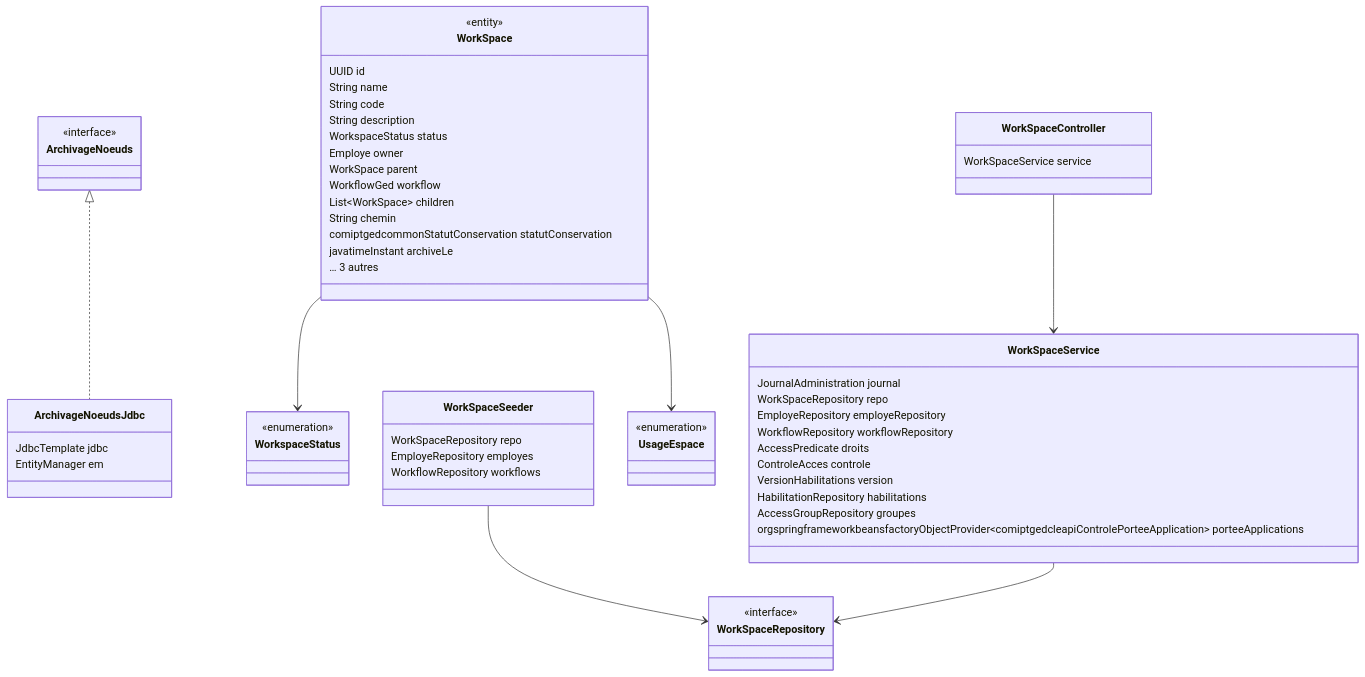
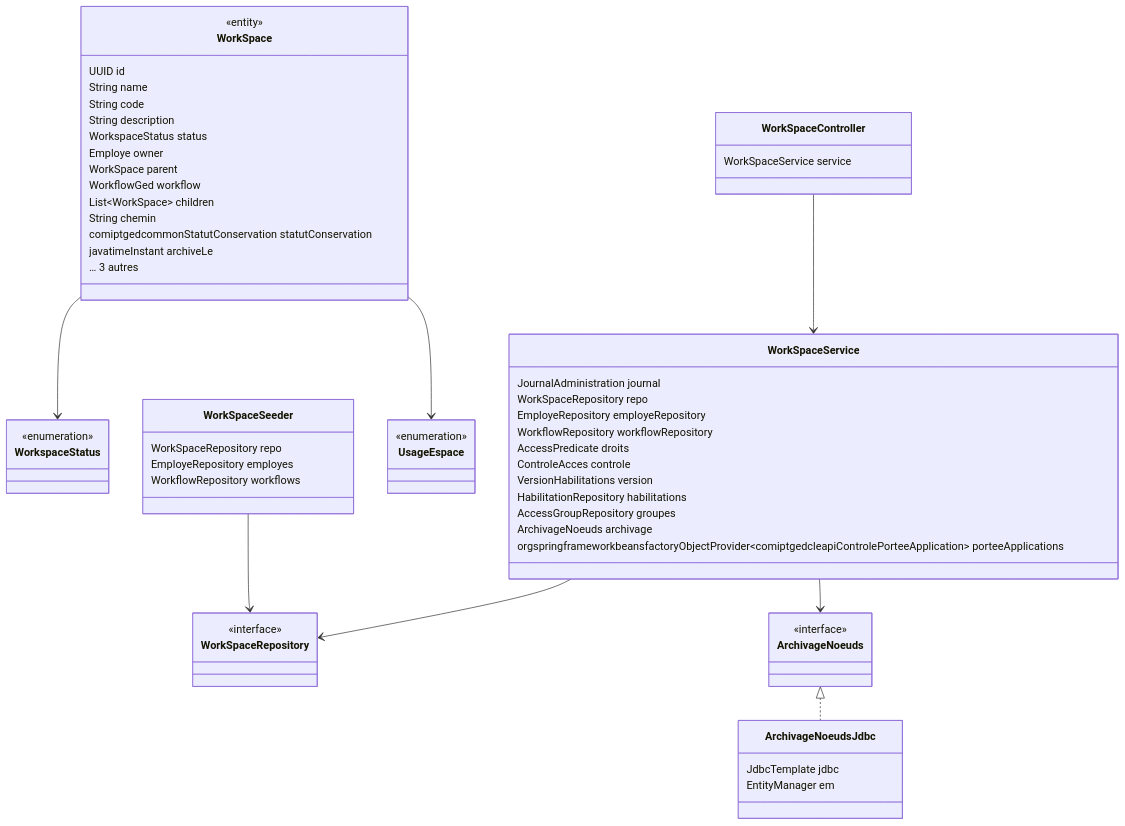
Before and after one commit to abddou2000/GED: the fifth of 23 diagrams in docs/modelisation/CLASSES.md, drawn with Mermaid. The commit also changed other lines of this file and 13 other files, not shown here.

````diff
--- a/docs/modelisation/CLASSES.md
+++ b/docs/modelisation/CLASSES.md
@@ -544,61 +564,63 @@
 ```mermaid
 classDiagram
   class ArchivageNoeuds {
     <<interface>>
   }
   class ArchivageNoeudsJdbc {
     JdbcTemplate jdbc
     EntityManager em
   }
   class UsageEspace {
     <<enumeration>>
   }
   class WorkSpace {
     <<entity>>
     UUID id
     String name
     String code
     String description
     WorkspaceStatus status
     Employe owner
     WorkSpace parent
     WorkflowGed workflow
     List~WorkSpace~ children
     String chemin
     comiptgedcommonStatutConservation statutConservation
     javatimeInstant archiveLe
     … 3 autres
   }
   class WorkSpaceController {
     WorkSpaceService service
   }
   class WorkSpaceRepository {
     <<interface>>
   }
   class WorkSpaceSeeder {
     WorkSpaceRepository repo
     EmployeRepository employes
     WorkflowRepository workflows
   }
   class WorkSpaceService {
     JournalAdministration journal
     WorkSpaceRepository repo
     EmployeRepository employeRepository
     WorkflowRepository workflowRepository
     AccessPredicate droits
     ControleAcces controle
     VersionHabilitations version
     HabilitationRepository habilitations
     AccessGroupRepository groupes
+    ArchivageNoeuds archivage
     orgspringframeworkbeansfactoryObjectProvider~comiptgedcleapiControlePorteeApplication~ porteeApplications
   }
   class WorkspaceStatus {
     <<enumeration>>
   }
   ArchivageNoeuds <|.. ArchivageNoeudsJdbc
   WorkSpace --> WorkspaceStatus
   WorkSpace --> UsageEspace
   WorkSpaceController --> WorkSpaceService
   WorkSpaceSeeder --> WorkSpaceRepository
   WorkSpaceService --> WorkSpaceRepository
+  WorkSpaceService --> ArchivageNoeuds
 ```
````
